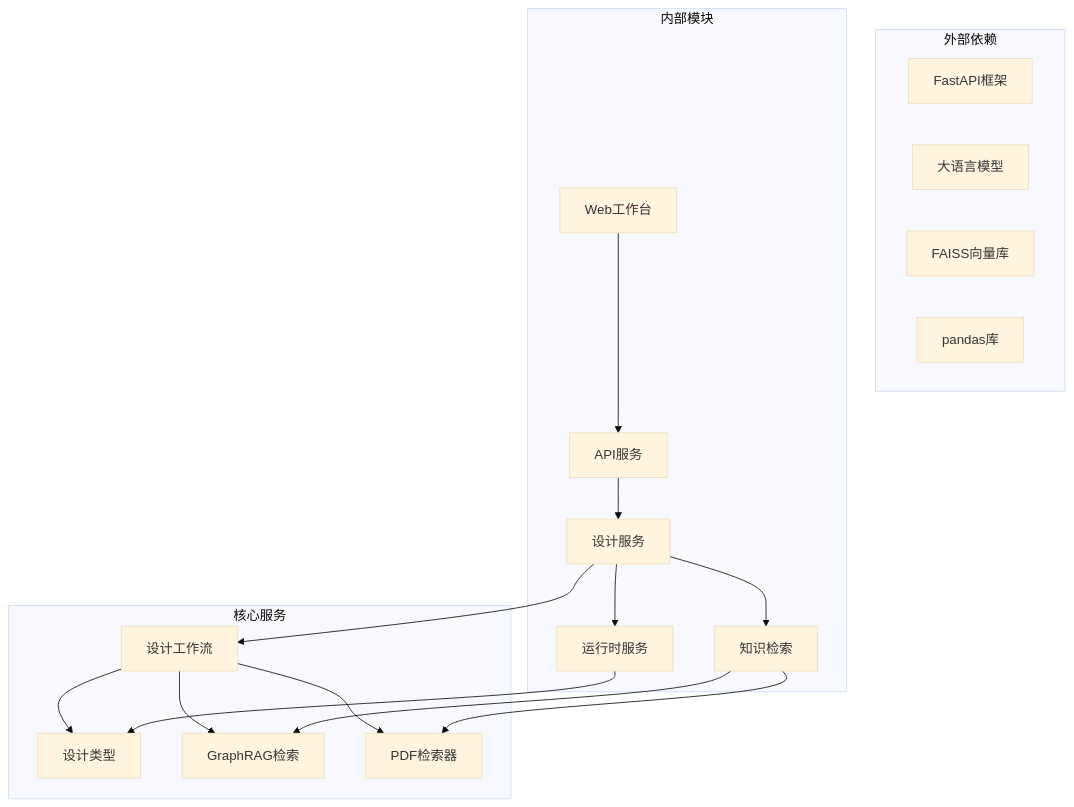
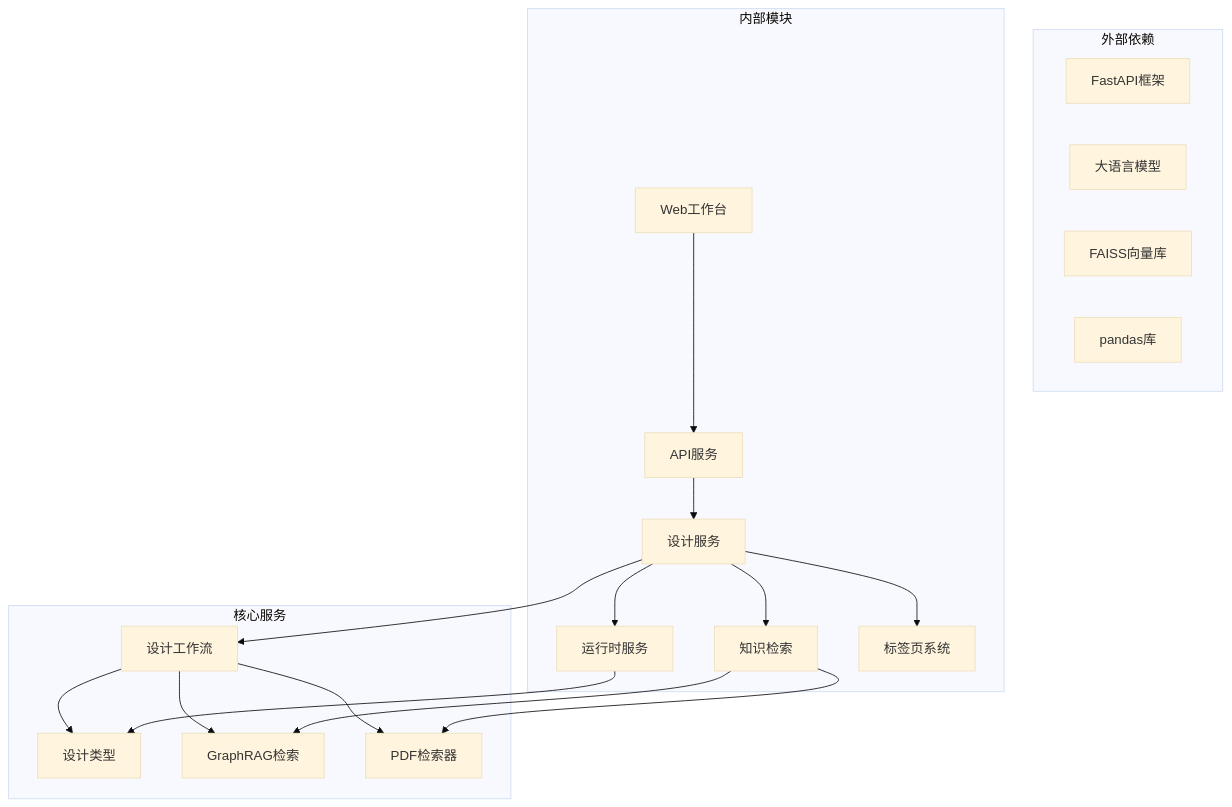
One commit to wsqstar/RoadGen3D changed the eighth of 8 diagrams in .qoder/repowiki/zh/content/Web界面系统/工作台界面/设计草案面板.md. Above: the diagram before and after it, drawn with Mermaid (base theme). The commit also changed other lines of this file and 8 other files, not shown here.

````diff
--- a/.qoder/repowiki/zh/content/Web界面系统/工作台界面/设计草案面板.md
+++ b/.qoder/repowiki/zh/content/Web界面系统/工作台界面/设计草案面板.md
@@ -362,33 +484,35 @@
 ```mermaid
 graph TB
 subgraph "外部依赖"
 FastAPI[FastAPI框架]
 LLM[大语言模型]
 FAISS[FAISS向量库]
 Pandas[pandas库]
 end
 subgraph "内部模块"
 Workbench[Web工作台]
 APIService[API服务]
 DesignService[设计服务]
 RuntimeService[运行时服务]
 Knowledge[知识检索]
+Tabs[标签页系统]
 end
 subgraph "核心服务"
 DesignWorkflow[设计工作流]
 DesignTypes[设计类型]
 GraphRAG[GraphRAG检索]
 PDFRAG[PDF检索器]
 end
 Workbench --> APIService
 APIService --> DesignService
 DesignService --> DesignWorkflow
 DesignService --> RuntimeService
 DesignService --> Knowledge
+DesignService --> Tabs
 DesignWorkflow --> DesignTypes
 DesignWorkflow --> GraphRAG
 DesignWorkflow --> PDFRAG
 RuntimeService --> DesignTypes
 Knowledge --> GraphRAG
 Knowledge --> PDFRAG
 ```
````
